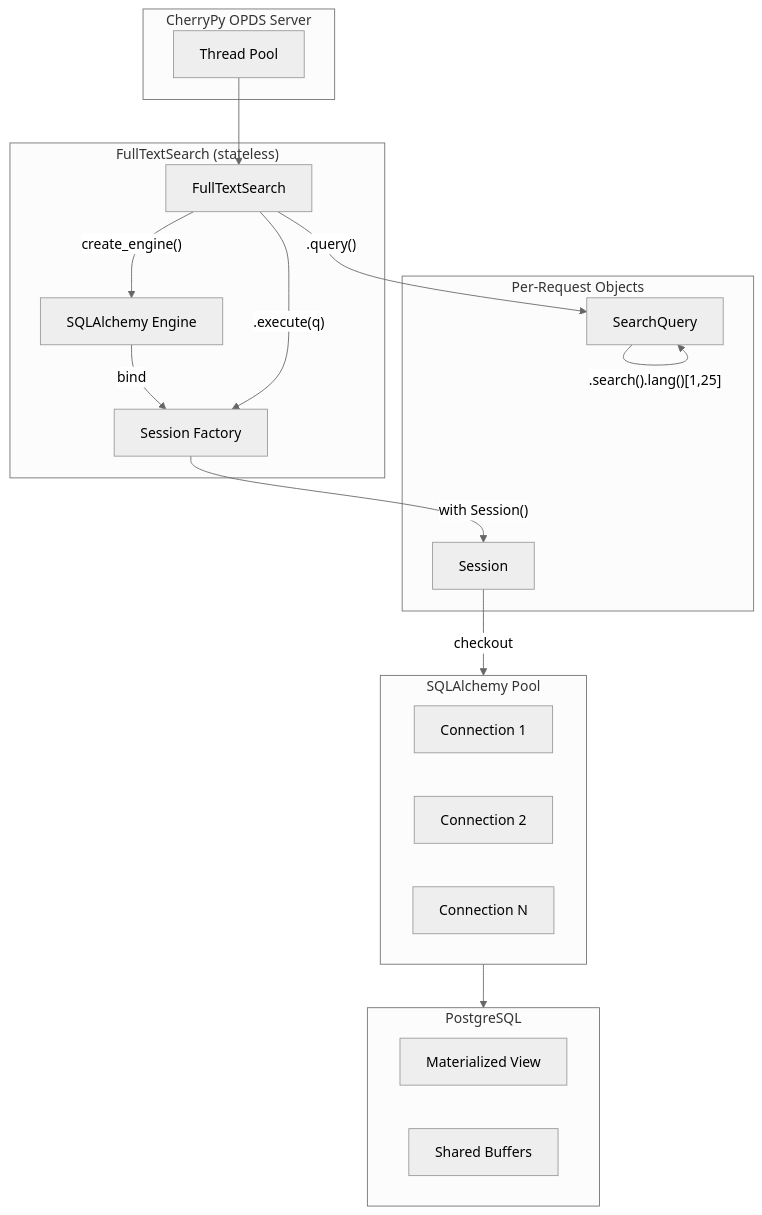
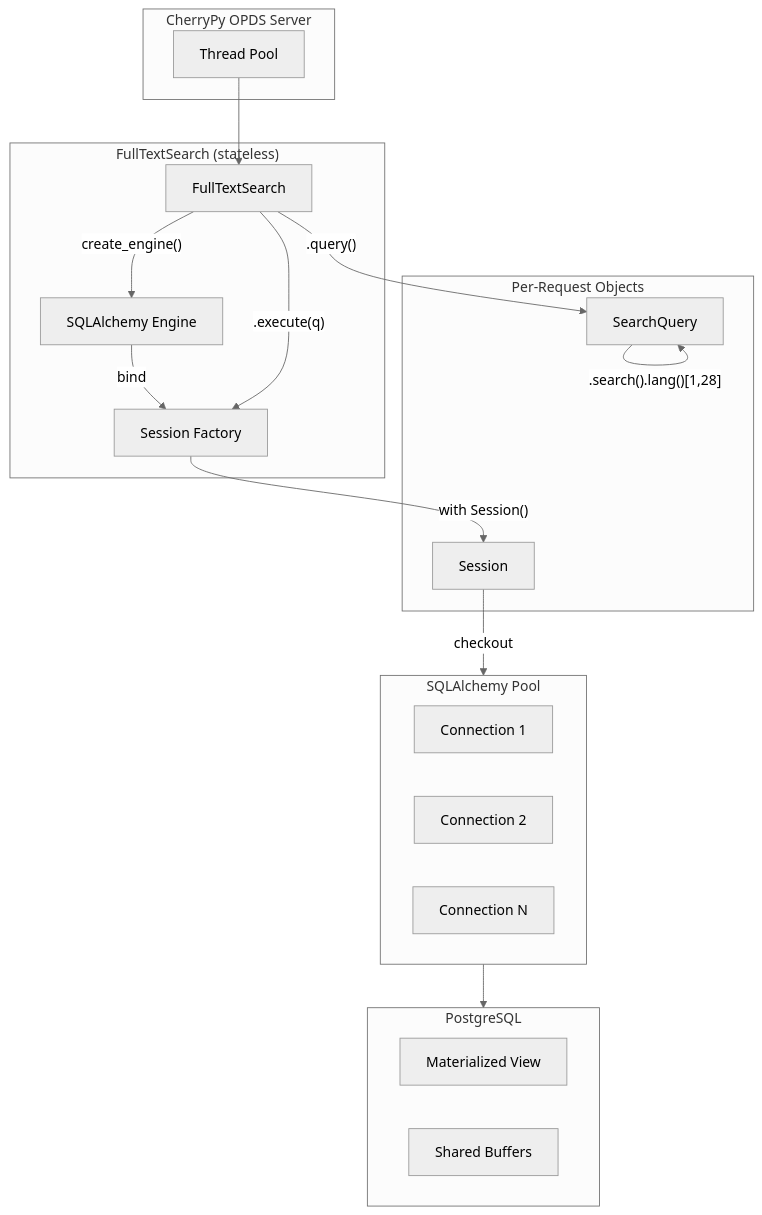
The diagram in README.md (zachjesus/Project-Gutenberg-Full-Text-Search), drawn with Mermaid (neutral theme) before and after one commit. The commit also changed other lines of this file and 4 other files, not shown here.

````diff
--- a/README.md
+++ b/README.md
@@ -324,38 +500,38 @@
 ```mermaid
 flowchart TB
     subgraph Server["CherryPy OPDS Server"]
         TP[Thread Pool]
     end
 
     subgraph Stateless["FullTextSearch (stateless)"]
         FTS[FullTextSearch]
         ENGINE[SQLAlchemy Engine]
         FACTORY[Session Factory]
     end
 
     subgraph Stateful["Per-Request Objects"]
         SQ[SearchQuery]
         SESS[Session]
     end
 
     subgraph Pool["SQLAlchemy Pool"]
         C1[Connection 1]
         C2[Connection 2]
         CN[Connection N]
     end
 
     subgraph DB["PostgreSQL"]
         MV[Materialized View]
         SB[Shared Buffers]
     end
 
     TP --> FTS
     FTS -->|"create_engine()"| ENGINE
     ENGINE -->|"bind"| FACTORY
     FTS -->|".query()"| SQ
-    SQ -->|".search().lang()[1,25]"| SQ
+    SQ -->|".search().lang()[1,28]"| SQ
     FTS -->|".execute(q)"| FACTORY
     FACTORY -->|"with Session()"| SESS
     SESS -->|"checkout"| Pool
     Pool --> DB 
 ```
````
